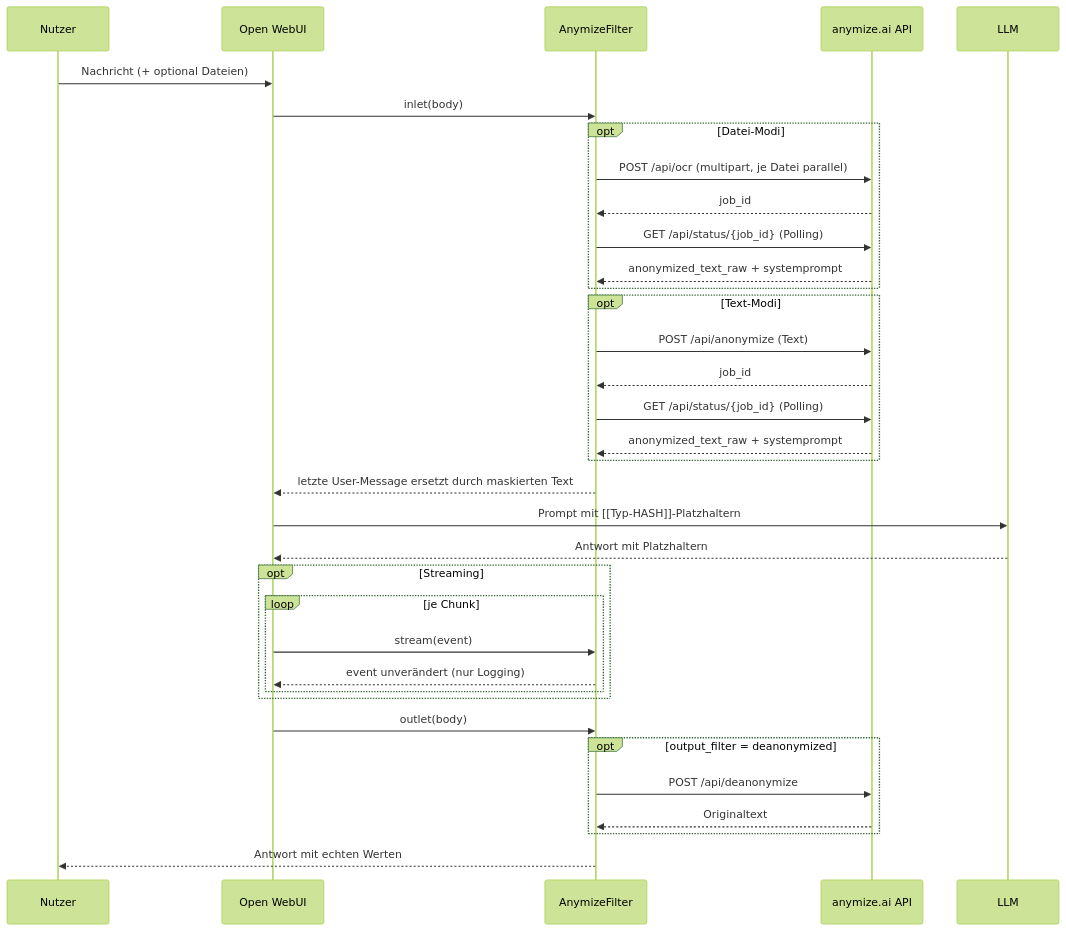
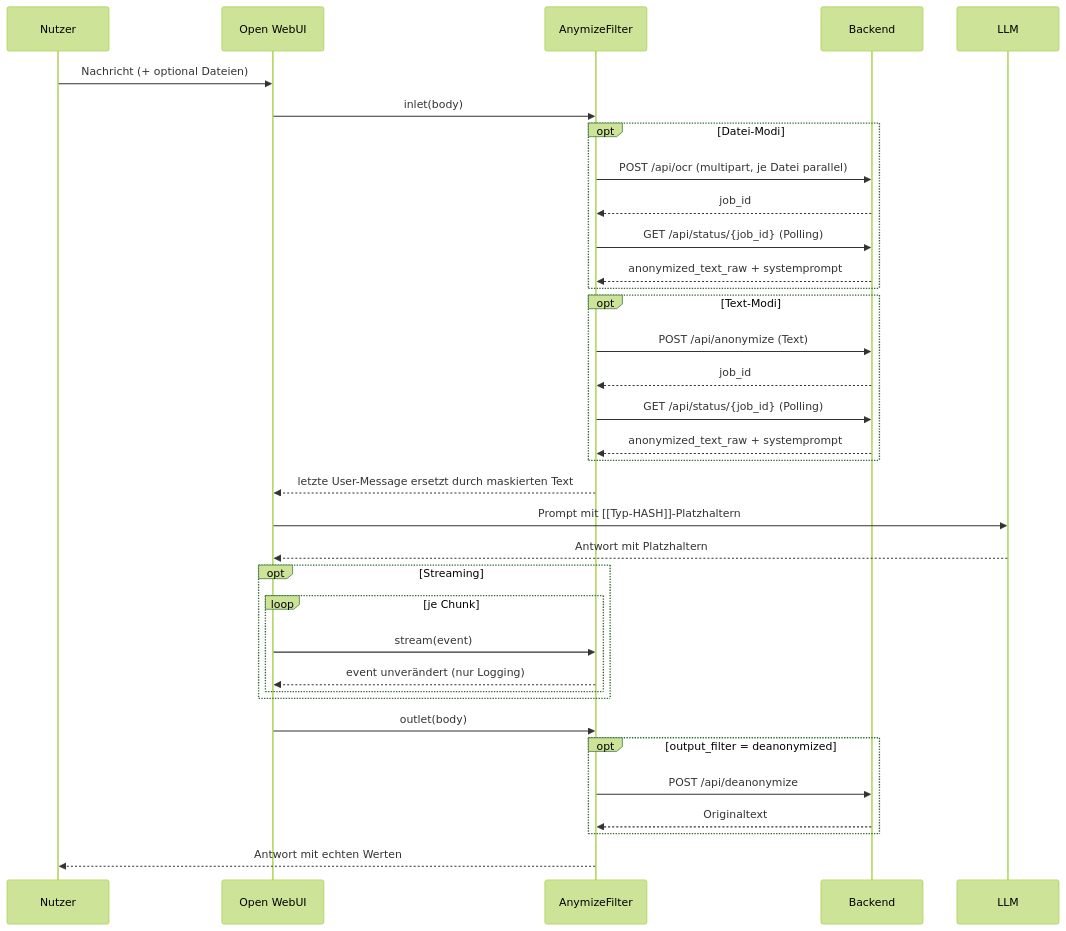
One commit to Matze2010/AnyomizeFilter changed the diagram in README.md. Above: the diagram before and after it, drawn with Mermaid (forest theme). The commit also changed other lines of this file, not shown here.

````diff
--- a/README.md
+++ b/README.md
@@ -13,38 +13,38 @@
 ```mermaid
 sequenceDiagram
     participant U as Nutzer
     participant OWUI as Open WebUI
     participant F as AnymizeFilter
-    participant A as anymize.ai API
+    participant A as Backend
     participant LLM as LLM
 
     U->>OWUI: Nachricht (+ optional Dateien)
     OWUI->>F: inlet(body)
     opt Datei-Modi
         F->>A: POST /api/ocr (multipart, je Datei parallel)
         A-->>F: job_id
         F->>A: GET /api/status/{job_id} (Polling)
         A-->>F: anonymized_text_raw + systemprompt
     end
     opt Text-Modi
         F->>A: POST /api/anonymize (Text)
         A-->>F: job_id
         F->>A: GET /api/status/{job_id} (Polling)
         A-->>F: anonymized_text_raw + systemprompt
     end
     F-->>OWUI: letzte User-Message ersetzt durch maskierten Text
     OWUI->>LLM: Prompt mit [[Typ-HASH]]-Platzhaltern
     LLM-->>OWUI: Antwort mit Platzhaltern
     opt Streaming
         loop je Chunk
             OWUI->>F: stream(event)
             F-->>OWUI: event unverändert (nur Logging)
         end
     end
     OWUI->>F: outlet(body)
     opt output_filter = deanonymized
         F->>A: POST /api/deanonymize
         A-->>F: Originaltext
     end
     F-->>U: Antwort mit echten Werten
 ```
````
